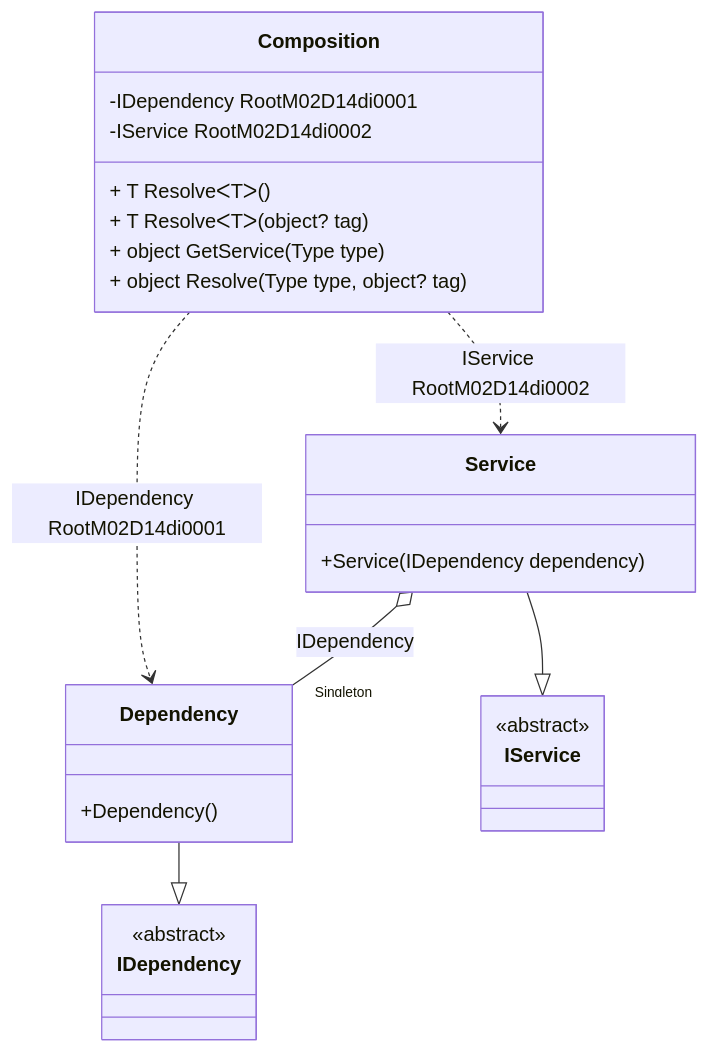
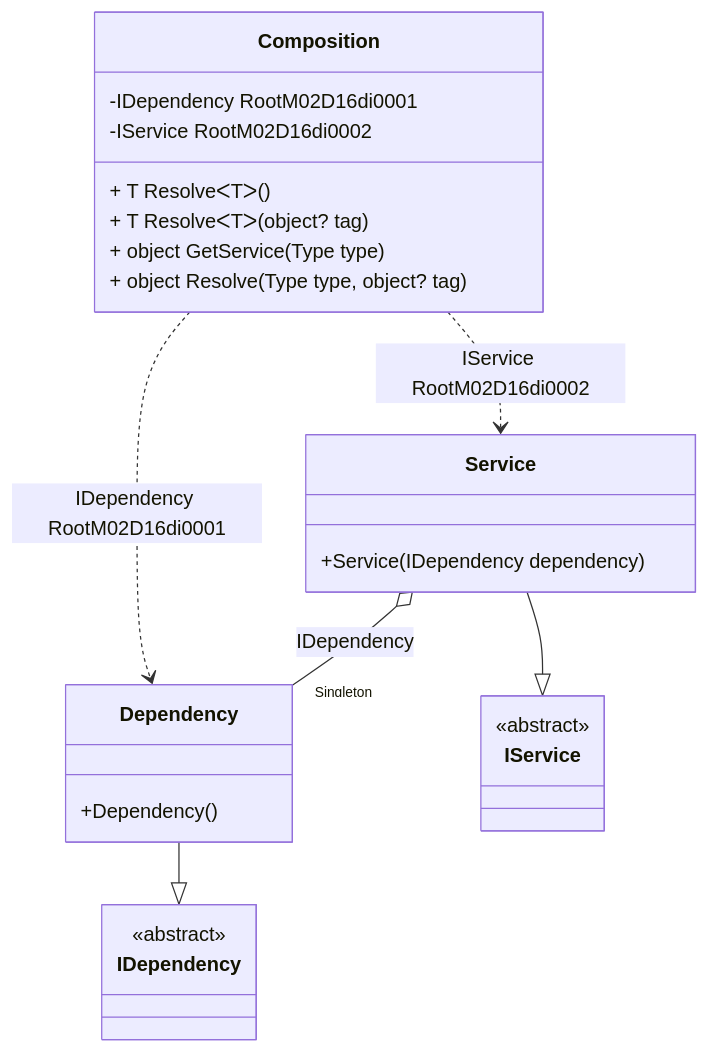
Before and after one commit to DevTeam/Pure.DI: the diagram in readme/service-provider.md, drawn with Mermaid. The commit also changed other lines of this file and 78 other files, not shown here.

````diff
--- a/readme/service-provider.md
+++ b/readme/service-provider.md
@@ -45,28 +45,28 @@
 ```mermaid
 classDiagram
   class Composition {
-    -IDependency RootM02D14di0001
-    -IService RootM02D14di0002
+    -IDependency RootM02D16di0001
+    -IService RootM02D16di0002
     + T ResolveᐸTᐳ()
     + T ResolveᐸTᐳ(object? tag)
     + object GetService(Type type)
     + object Resolve(Type type, object? tag)
   }
   Dependency --|> IDependency : 
   class Dependency {
     +Dependency()
   }
   Service --|> IService : 
   class Service {
     +Service(IDependency dependency)
   }
   class IDependency {
     <<abstract>>
   }
   class IService {
     <<abstract>>
   }
   Service o--  "Singleton" Dependency : IDependency
-  Composition ..> Dependency : IDependency RootM02D14di0001
-  Composition ..> Service : IService RootM02D14di0002
+  Composition ..> Dependency : IDependency RootM02D16di0001
+  Composition ..> Service : IService RootM02D16di0002
 ```
````
